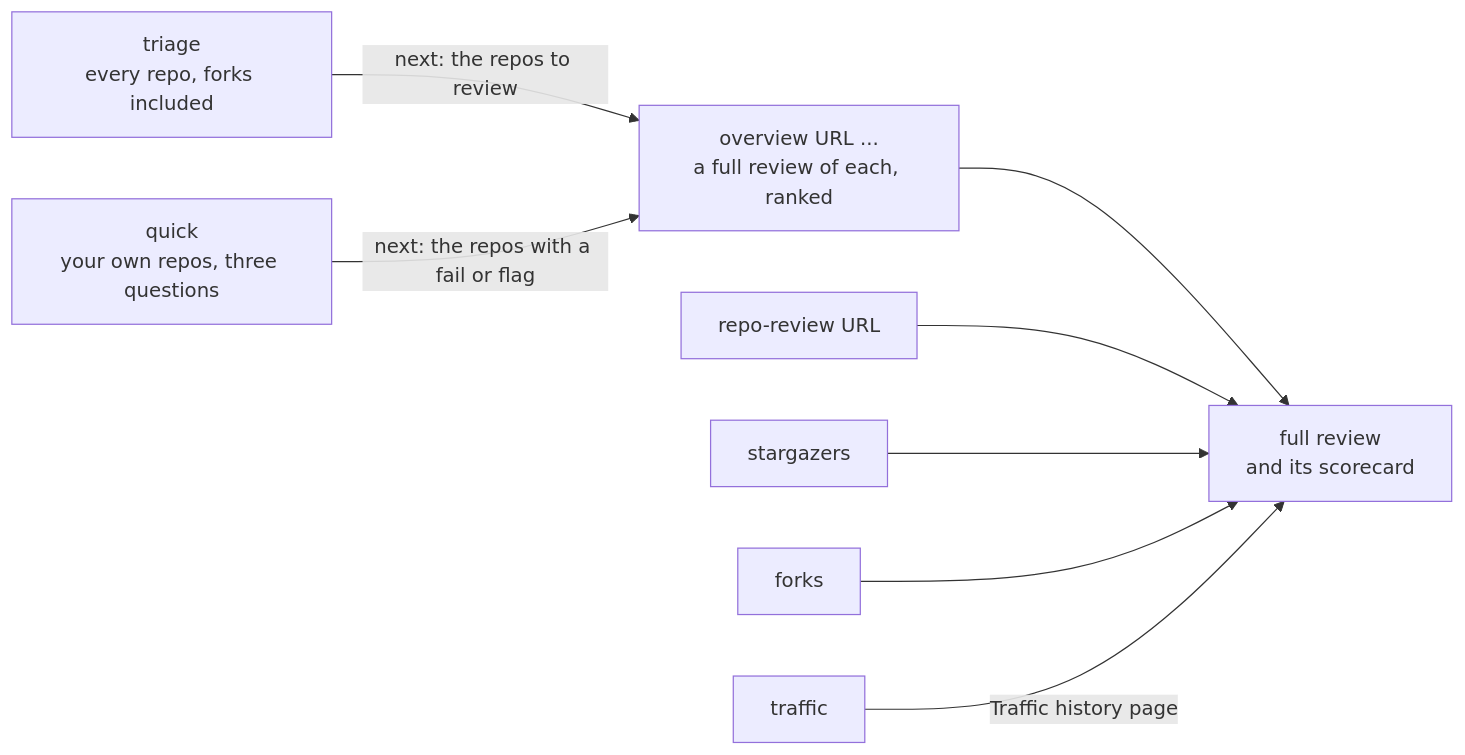
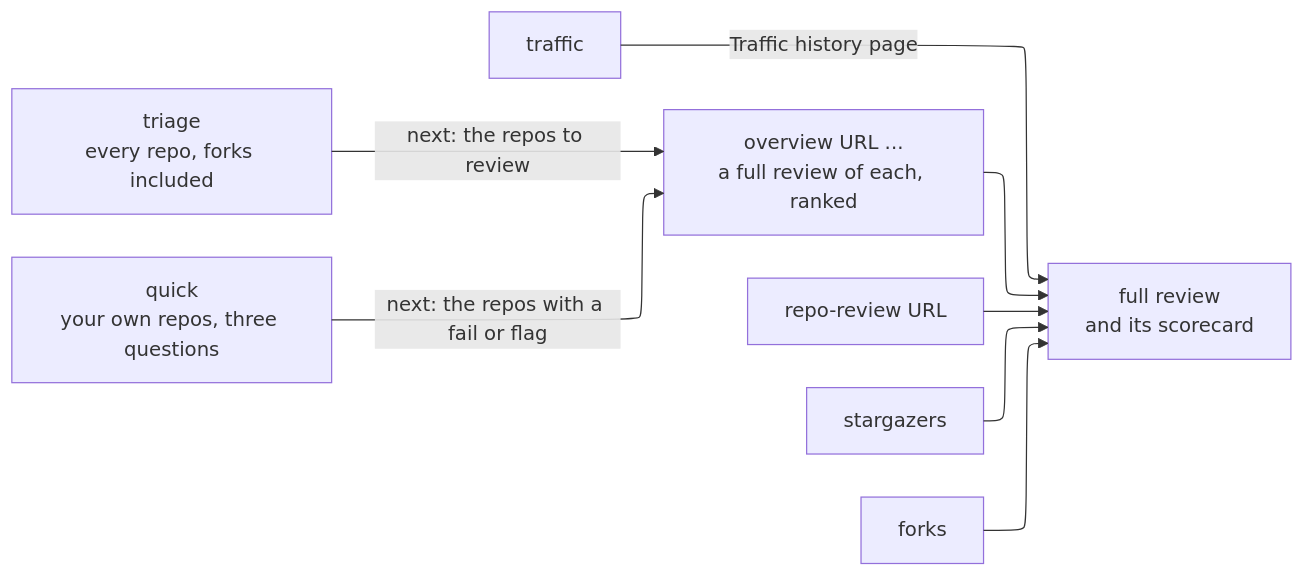
One commit to tcrossland/github-curator changed the diagram in README.md. Above: the diagram before and after it, drawn with Mermaid. The commit also changed 1 other file, not shown here.

Commit message:
docs: lay out the diagrams with ELK
Mermaid's default layout, dagre, curved the edges around nodes and
crossed them. Each diagram now asks for ELK in its frontmatter, which
gives right-angled edges and aligned rows. A renderer without
Mermaid's ELK package ignores the setting and draws with dagre, as
before: seen with Mermaid 11.4.1, and with 12.3.0 and
@mermaid-js/layout-elk 1.0.2 for the ELK layout. Whether GitHub loads
ELK isn't checked yet.

````diff
--- a/README.md
+++ b/README.md
@@ -23,10 +23,14 @@
   ```mermaid
+  ---
+  config:
+    layout: elk
+  ---
   flowchart LR
       triage["triage<br>every repo, forks included"] -- "next: the repos to review" --> overview
       quick["quick<br>your own repos, three questions"] -- "next: the repos with a fail or flag" --> overview
       overview["overview URL ...<br>a full review of each, ranked"] --> review["full review<br>and its scorecard"]
       single["repo-review URL"] --> review
       stargazers --> review
       forks --> review
       traffic -- "Traffic history page" --> review
   ```
````
